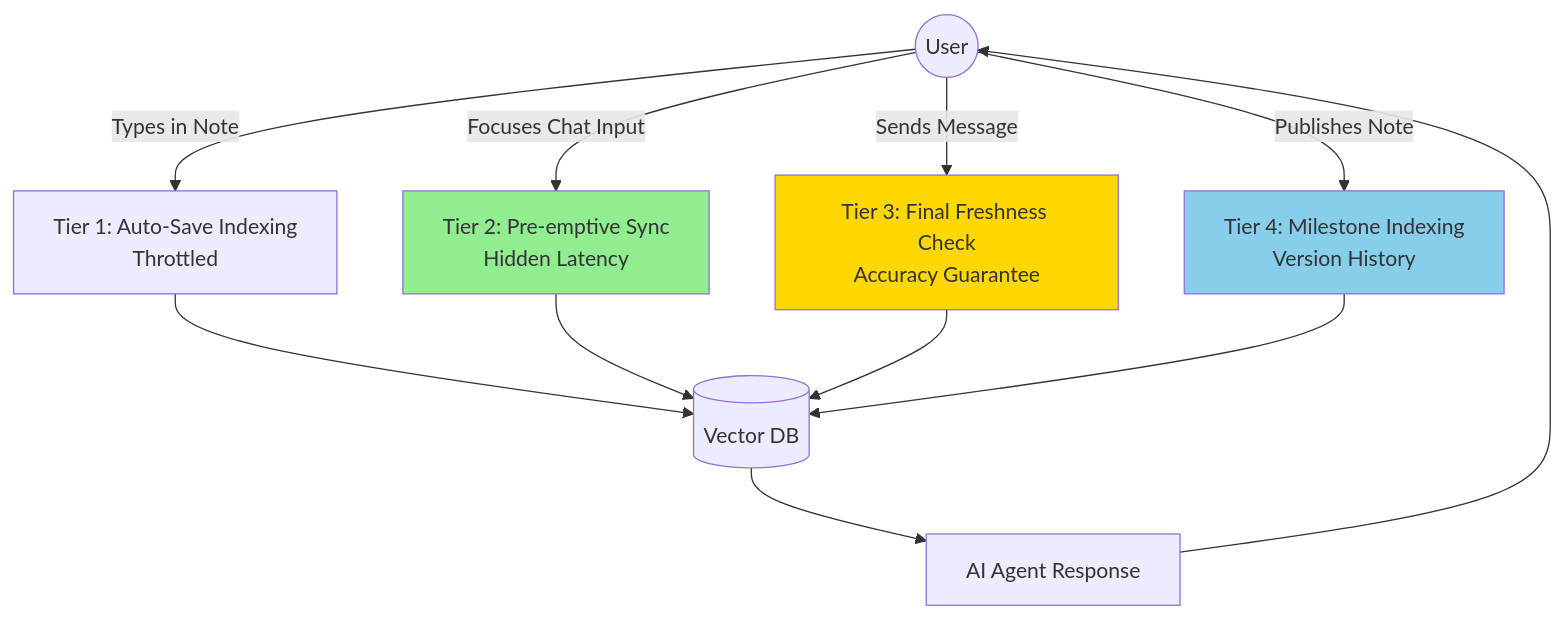
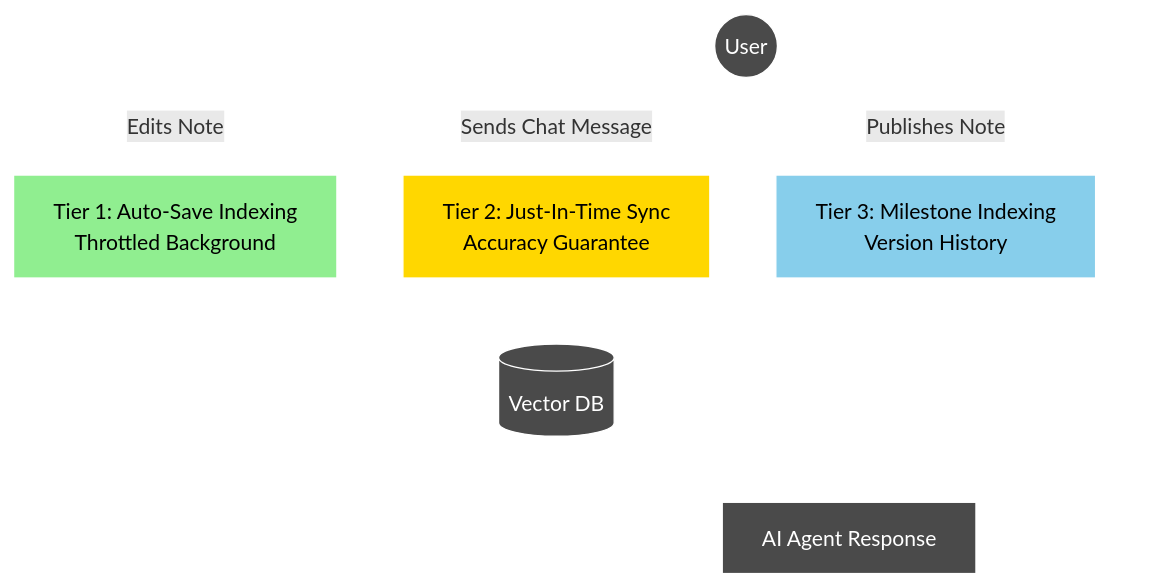
Before and after one commit to coreymunn3/ragnote: the diagram in plans/intent-based-draft-indexing.md, drawn with Mermaid. The commit also changed other lines of this file, not shown here.

````diff
--- a/plans/intent-based-draft-indexing.md
+++ b/plans/intent-based-draft-indexing.md
@@ -30,19 +30,22 @@
 ```mermaid
 graph TD
-    User((User)) -->|Types in Note| Save[Tier 1: Auto-Save Indexing\nThrottled]
-    User -->|Focuses Chat Input| Intent[Tier 2: Pre-emptive Sync\nHidden Latency]
-    User -->|Sends Message| Safety[Tier 3: Final Freshness Check\nAccuracy Guarantee]
-    User -->|Publishes Note| Milestone[Tier 4: Milestone Indexing\nVersion History]
+    User((User)) -->|Edits Note| Save[Tier 1: Auto-Save Indexing\nThrottled Background]
+    User -->|Sends Chat Message| JIT[Tier 2: Just-In-Time Sync\nAccuracy Guarantee]
+    User -->|Publishes Note| Milestone[Tier 3: Milestone Indexing\nVersion History]
 
     Save --> DB[(Vector DB)]
-    Intent --> DB
-    Safety --> DB
+    JIT --> DB
     Milestone --> DB
 
     DB --> Agent[AI Agent Response]
     Agent --> User
 
-    style Intent fill:#90EE90
-    style Safety fill:#FFD700
-    style Milestone fill:#87CEEB
+    style Save fill:#90EE90,stroke:#ffffff,color:#000000
+    style JIT fill:#FFD700,stroke:#ffffff,color:#000000
+    style Milestone fill:#87CEEB,stroke:#ffffff,color:#000000
+    style User fill:#4a4a4a,stroke:#ffffff,color:#ffffff
+    style DB fill:#4a4a4a,stroke:#ffffff,color:#ffffff
+    style Agent fill:#4a4a4a,stroke:#ffffff,color:#ffffff
+
+    linkStyle default stroke:#ffffff,stroke-width:2px
 ```
````
